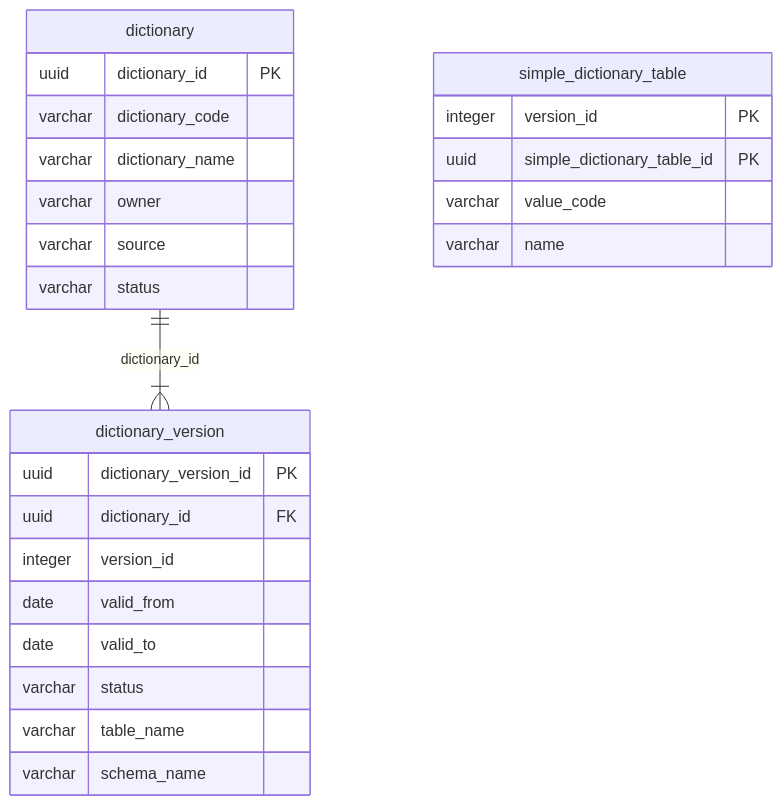
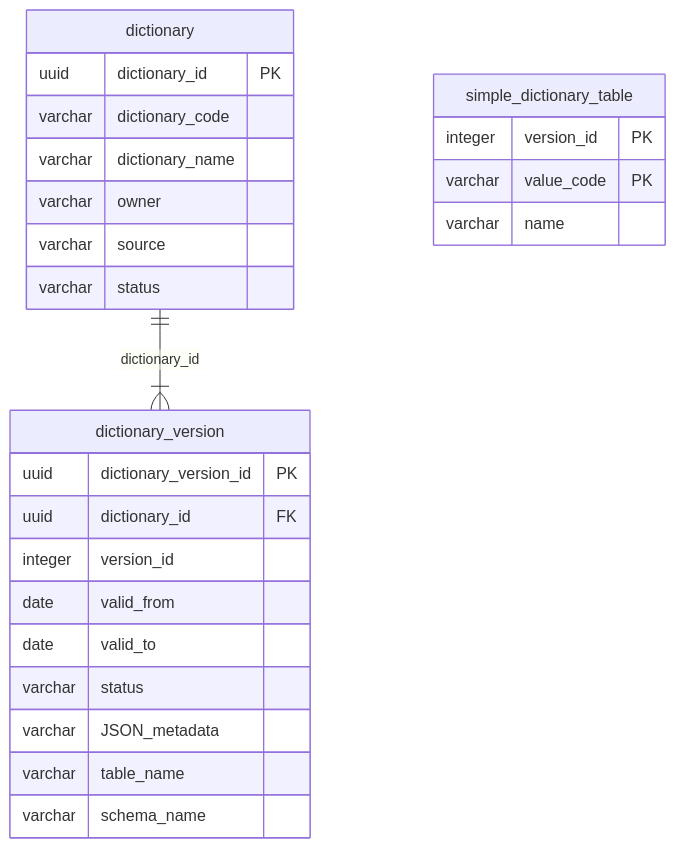
The diagram in docs/1. functional/2. Модель данных.md (StrannikE95/reference_data), drawn with Mermaid before and after one commit. The commit also changed other lines of this file and 1 other file, not shown here.

Commit message:
Добавлена drawio целевая схема

````diff
--- a/docs/1. functional/2. Модель данных.md
+++ b/docs/1. functional/2. Модель данных.md
@@ -29,31 +29,31 @@
 ```mermaid
 erDiagram
   dictionary ||--|{ dictionary_version : "dictionary_id"
 
   dictionary {
     uuid dictionary_id PK
     varchar dictionary_code
     varchar dictionary_name
     varchar owner
     varchar source
     varchar status
   }
 
   dictionary_version {
     uuid dictionary_version_id PK
     uuid dictionary_id FK
     integer version_id
     date valid_from
     date valid_to
     varchar status
+    varchar JSON_metadata
     varchar table_name
     varchar schema_name
   }
 
   simple_dictionary_table {
     integer version_id PK
-    uuid simple_dictionary_table_id PK
-    varchar value_code
+    varchar value_code PK
     varchar name
   }
 ```
````
